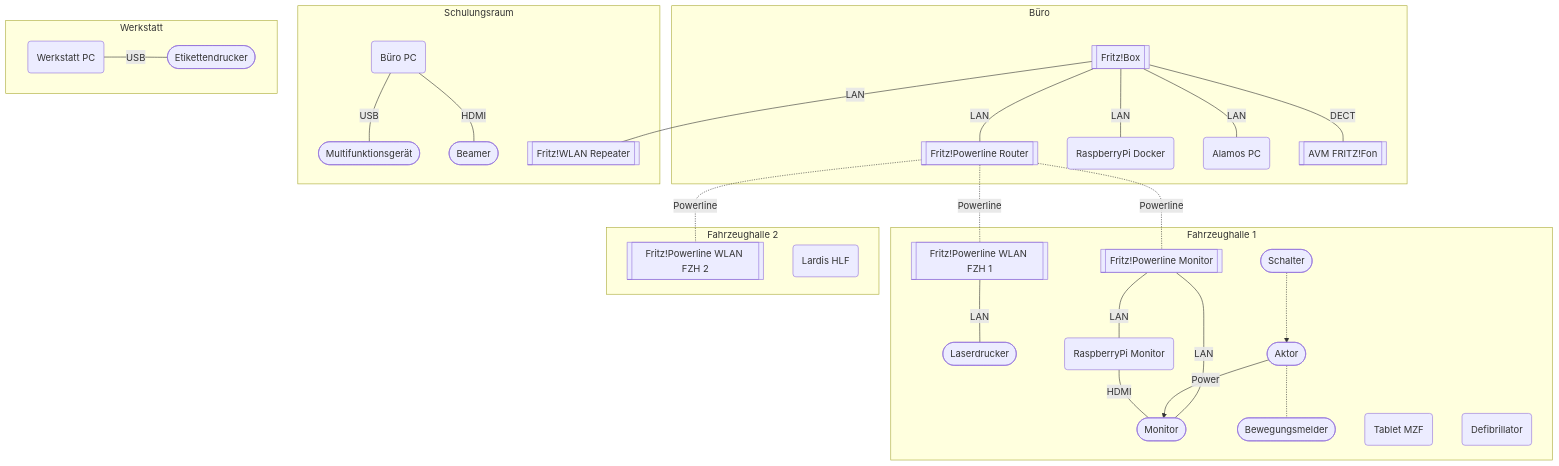
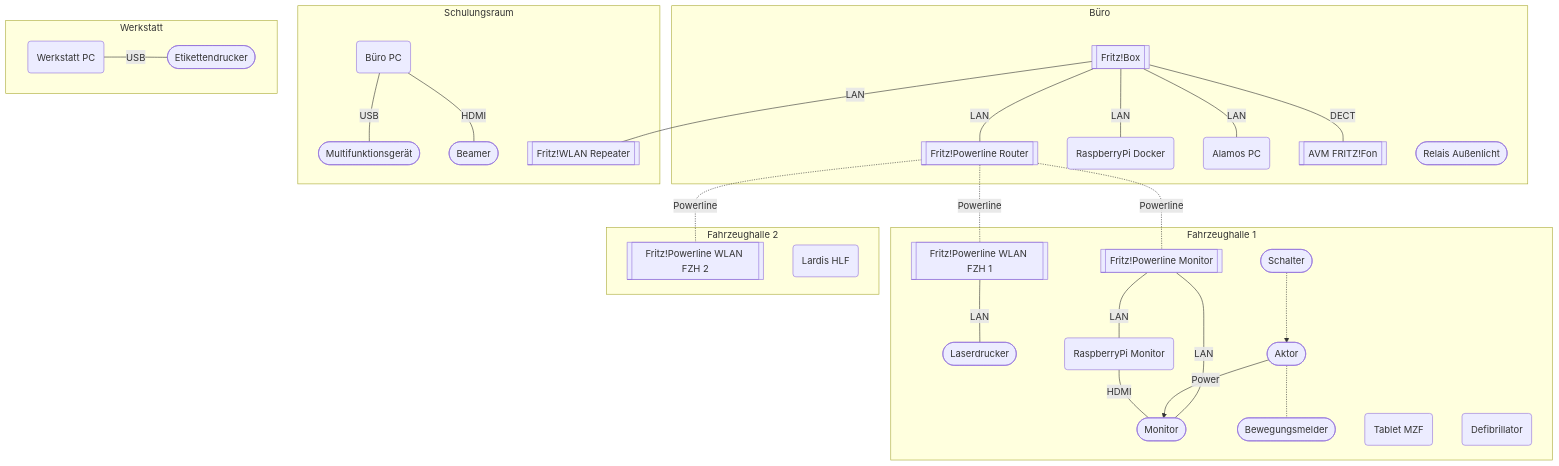
The diagram in docs/Dokumentation/Hardware/index.md (FFW-Baudenbach/FE2_Documentation), drawn with Mermaid before and after one commit. The commit also changed 9 other files, not shown here.

````diff
--- a/docs/Dokumentation/Hardware/index.md
+++ b/docs/Dokumentation/Hardware/index.md
@@ -12,67 +12,68 @@
 ```mermaid
 graph TD
 
     subgraph buero[Büro]
         router[[Fritz!Box]]
         pwl-rt[[Fritz!Powerline Router]]
         rpidoc(RaspberryPi Docker)
         fe2pc(Alamos PC)
         phone[[AVM FRITZ!Fon]]
+        relais([Relais Außenlicht])
         
         router---|LAN|pwl-rt
         router---|LAN|rpidoc
         router---|LAN|fe2pc
         router---|DECT|phone
     end
     
     subgraph schulungsraum[Schulungsraum]
         bueropc(Büro PC)
         copier([Multifunktionsgerät])
         beamer([Beamer])
         wlanrep[[Fritz!WLAN Repeater]]
         router---|LAN|wlanrep
         
         bueropc---|USB|copier
         bueropc---|HDMI|beamer
     end
     
     subgraph werkstatt[Werkstatt]
         fmpc(Werkstatt PC)
         labelprinter([Etikettendrucker])
         
         fmpc---|USB|labelprinter
     end
     
     subgraph fzh1[Fahrzeughalle 1]
         pwl-fzh1[["Fritz!Powerline WLAN FZH&nbsp;1"]]
         pwl-mon[[Fritz!Powerline Monitor]]
         printer([Laserdrucker])
         monitor([Monitor])
         actor([Aktor])
         motion([Bewegungsmelder])
         plug([Schalter])
         rpimon(RaspberryPi Monitor)
         tablet(Tablet MZF)
         defi(Defibrillator)
 
         pwl-fzh1---|LAN|printer
         
         pwl-mon---|LAN|monitor
         pwl-mon---|LAN|rpimon
         
         plug-.->actor--Power-->monitor
         rpimon---|HDMI|monitor
         actor-.-motion
 
     end
     
     subgraph fzh2[Fahrzeughalle 2]
         pwl-fzh2[["Fritz!Powerline WLAN FZH&nbsp;2"]]
         lardis-hlf(Lardis HLF)
     end
     
     pwl-rt-.-|Powerline|pwl-mon
     pwl-rt-.-|Powerline|pwl-fzh1
     pwl-rt-.-|Powerline|pwl-fzh2
     
 ```
````
